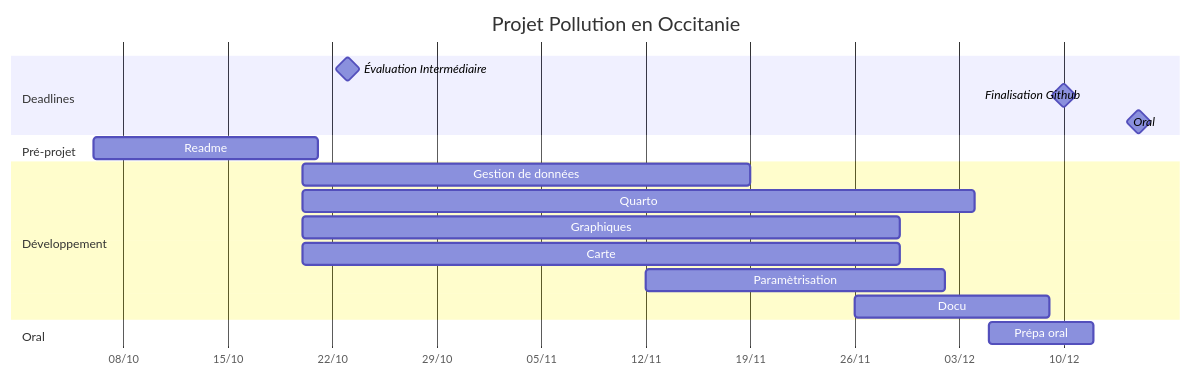
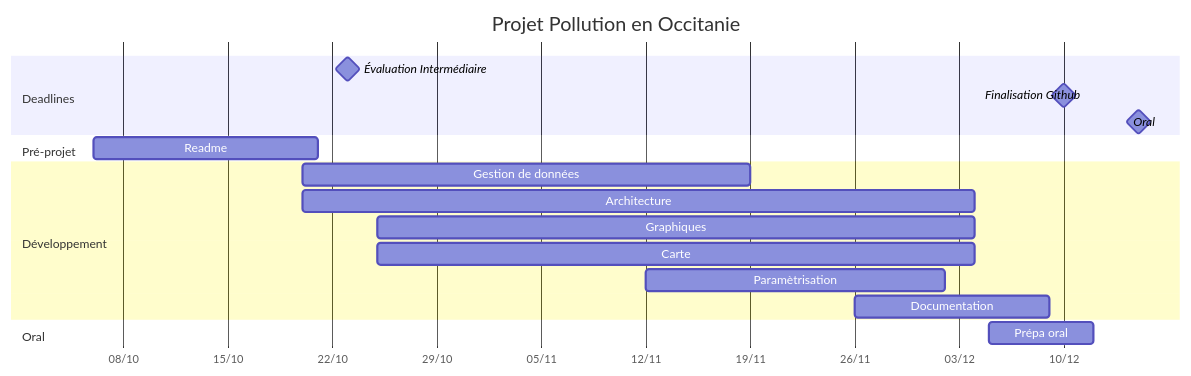
Before and after one commit to Mario-Lapi/PROJET-Pollution_en_Occitanie: the diagram in README.md, drawn with Mermaid. The commit also changed other lines of this file, not shown here.

````diff
--- a/README.md
+++ b/README.md
@@ -36,21 +39,21 @@
 ```mermaid
 gantt
     title Projet Pollution en Occitanie
     dateFormat DD-MM
     axisFormat %d/%m
     section Deadlines
         Évaluation Intermédiaire : milestone, 23-10, 0d
         Finalisation Github : milestone, 10-12, 0d
         Oral : milestone, 15-12, 0d
     section Pré-projet
         Readme :06-10, 15d
     section Développement
         Gestion de données : 20-10, 30d
-        Quarto          :a1,20-10, 45d
-        Graphiques      :g1, 20-10, 40d
-        Carte           :20-10, 40d
+        Architecture          :a1,20-10, 45d
+        Graphiques      :g1, 25-10, 40d
+        Carte           :25-10, 40d
         Paramètrisation :12-11, 20d
-        Docu   :26-11, 13d
+        Documentation   :26-11, 13d
     section Oral
         Prépa oral : 05-12, 7d
 ```
````
